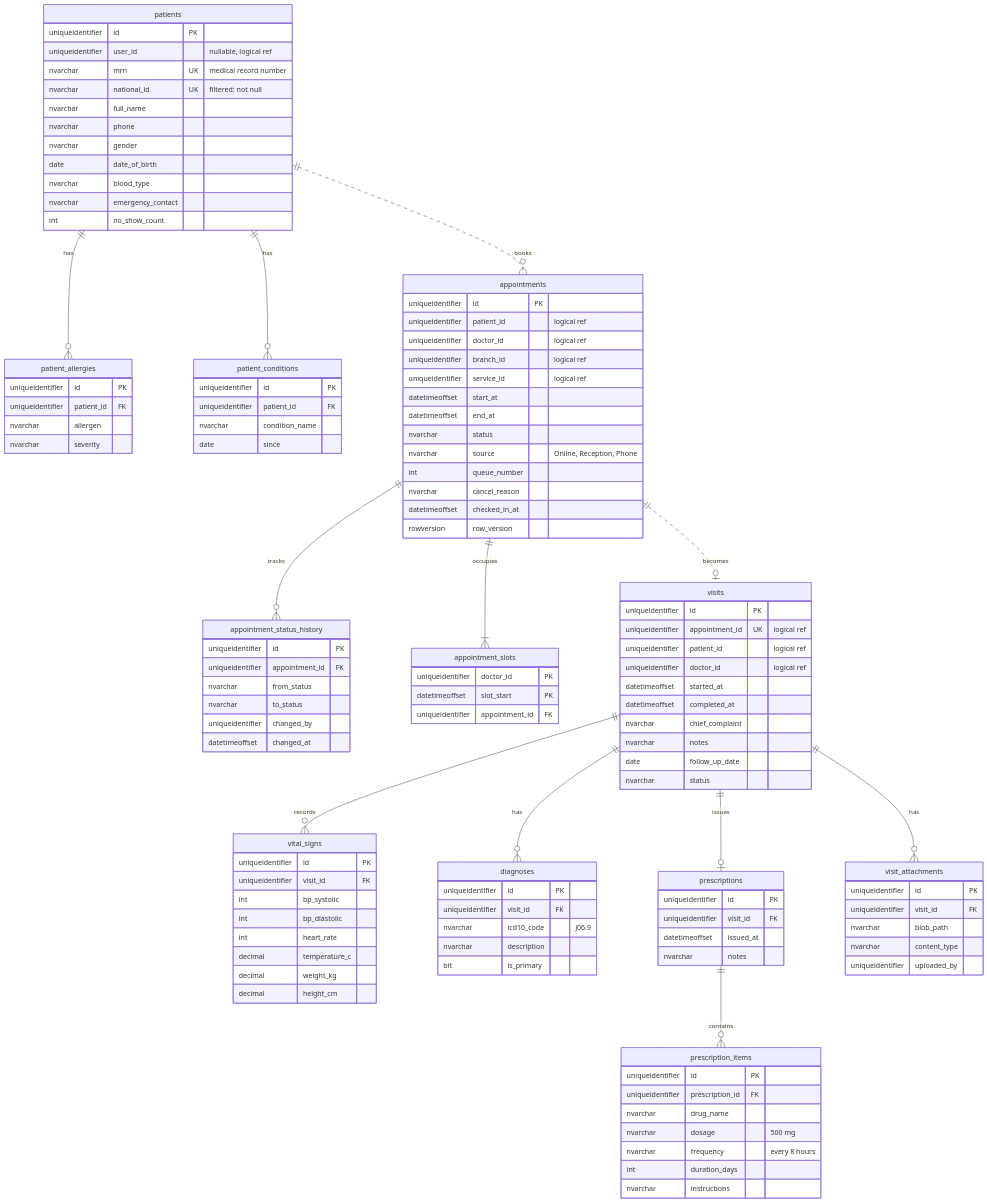
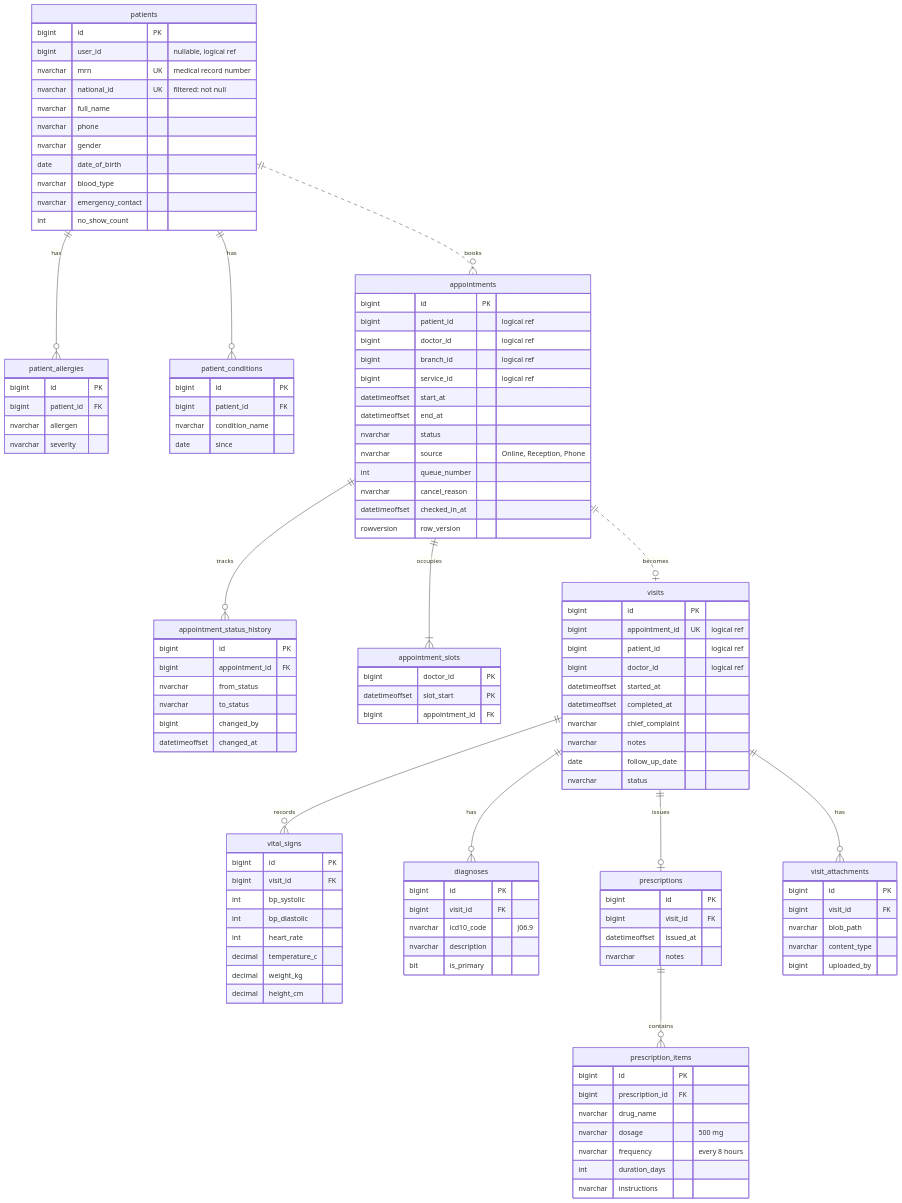
One commit to mohameabdelsalm/shifa-clinic changed the second of 3 diagrams in docs/erd.md. Above: the diagram before and after it, drawn with Mermaid. The commit also changed other lines of this file and 6 other files, not shown here.

````diff
--- a/docs/erd.md
+++ b/docs/erd.md
@@ -132,8 +132,8 @@
   prescriptions ||--o{ prescription_items : contains
   visits ||--o{ visit_attachments : has
   patients {
-    uniqueidentifier id PK
-    uniqueidentifier user_id "nullable, logical ref"
+    bigint id PK
+    bigint user_id "nullable, logical ref"
     nvarchar mrn UK "medical record number"
     nvarchar national_id UK "filtered: not null"
     nvarchar full_name
@@ -145,23 +145,23 @@
     int no_show_count
   }
   patient_allergies {
-    uniqueidentifier id PK
-    uniqueidentifier patient_id FK
+    bigint id PK
+    bigint patient_id FK
     nvarchar allergen
     nvarchar severity
   }
   patient_conditions {
-    uniqueidentifier id PK
-    uniqueidentifier patient_id FK
+    bigint id PK
+    bigint patient_id FK
     nvarchar condition_name
     date since
   }
   appointments {
-    uniqueidentifier id PK
-    uniqueidentifier patient_id "logical ref"
-    uniqueidentifier doctor_id "logical ref"
-    uniqueidentifier branch_id "logical ref"
-    uniqueidentifier service_id "logical ref"
+    bigint id PK
+    bigint patient_id "logical ref"
+    bigint doctor_id "logical ref"
+    bigint branch_id "logical ref"
+    bigint service_id "logical ref"
     datetimeoffset start_at
     datetimeoffset end_at
     nvarchar status
@@ -172,23 +172,23 @@
     rowversion row_version
   }
   appointment_slots {
-    uniqueidentifier doctor_id PK
+    bigint doctor_id PK
     datetimeoffset slot_start PK
-    uniqueidentifier appointment_id FK
+    bigint appointment_id FK
   }
   appointment_status_history {
-    uniqueidentifier id PK
-    uniqueidentifier appointment_id FK
+    bigint id PK
+    bigint appointment_id FK
     nvarchar from_status
     nvarchar to_status
-    uniqueidentifier changed_by
+    bigint changed_by
     datetimeoffset changed_at
   }
   visits {
-    uniqueidentifier id PK
-    uniqueidentifier appointment_id UK "logical ref"
-    uniqueidentifier patient_id "logical ref"
-    uniqueidentifier doctor_id "logical ref"
+    bigint id PK
+    bigint appointment_id UK "logical ref"
+    bigint patient_id "logical ref"
+    bigint doctor_id "logical ref"
     datetimeoffset started_at
     datetimeoffset completed_at
     nvarchar chief_complaint
@@ -197,8 +197,8 @@
     nvarchar status
   }
   vital_signs {
-    uniqueidentifier id PK
-    uniqueidentifier visit_id FK
+    bigint id PK
+    bigint visit_id FK
     int bp_systolic
     int bp_diastolic
     int heart_rate
@@ -207,21 +207,21 @@
     decimal height_cm
   }
   diagnoses {
-    uniqueidentifier id PK
-    uniqueidentifier visit_id FK
+    bigint id PK
+    bigint visit_id FK
     nvarchar icd10_code "J06.9"
     nvarchar description
     bit is_primary
   }
   prescriptions {
-    uniqueidentifier id PK
-    uniqueidentifier visit_id FK
+    bigint id PK
+    bigint visit_id FK
     datetimeoffset issued_at
     nvarchar notes
   }
   prescription_items {
-    uniqueidentifier id PK
-    uniqueidentifier prescription_id FK
+    bigint id PK
+    bigint prescription_id FK
     nvarchar drug_name
     nvarchar dosage "500 mg"
     nvarchar frequency "every 8 hours"
@@ -229,10 +229,10 @@
     nvarchar instructions
   }
   visit_attachments {
-    uniqueidentifier id PK
-    uniqueidentifier visit_id FK
+    bigint id PK
+    bigint visit_id FK
     nvarchar blob_path
     nvarchar content_type
-    uniqueidentifier uploaded_by
+    bigint uploaded_by
   }
 ```
````
